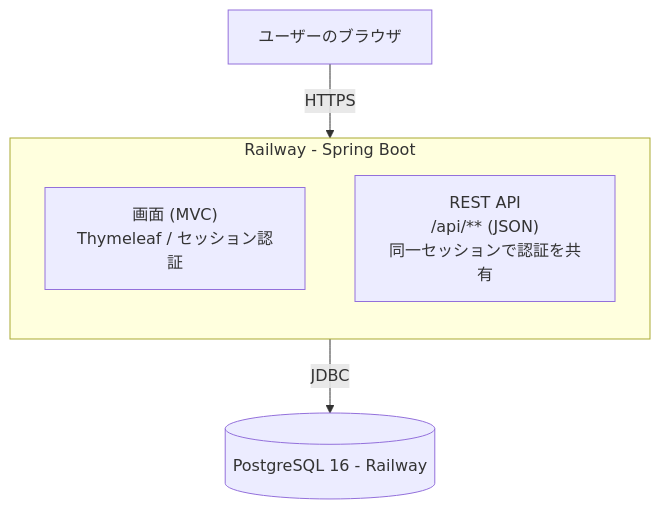
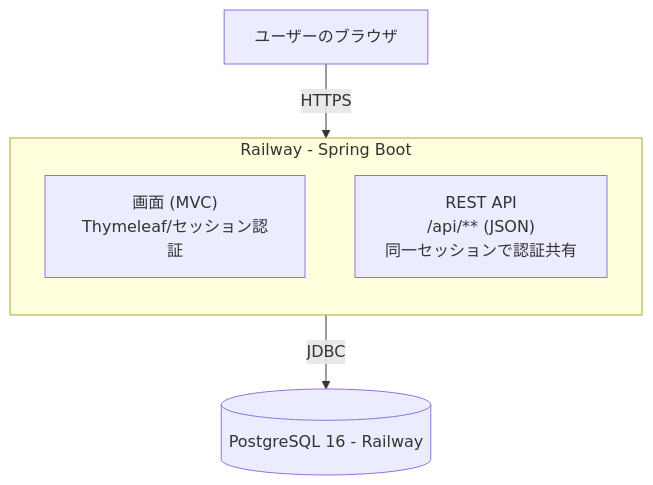
The first of 2 diagrams in README.md (akito256a/zosyo-submission), drawn with Mermaid before and after one commit.

Commit message:
docs: README.mdを編集

````diff
--- a/README.md
+++ b/README.md
@@ -105,12 +105,12 @@
 ```mermaid
 flowchart TD
     User["ユーザーのブラウザ"] -->|HTTPS| Server
 
     subgraph Server["Railway - Spring Boot"]
         direction TB
-        MVC["画面 (MVC)<br/>Thymeleaf / セッション認証"]
-        API["REST API<br/>/api/** (JSON)<br/>同一セッションで認証を共有"]
+        MVC["画面 (MVC)<br/>Thymeleaf/セッション認証"]
+        API["REST API<br/>/api/** (JSON)<br/>同一セッションで認証共有"]
     end
 
     Server -->|JDBC| DB[("PostgreSQL 16 - Railway")]
 ```
````
